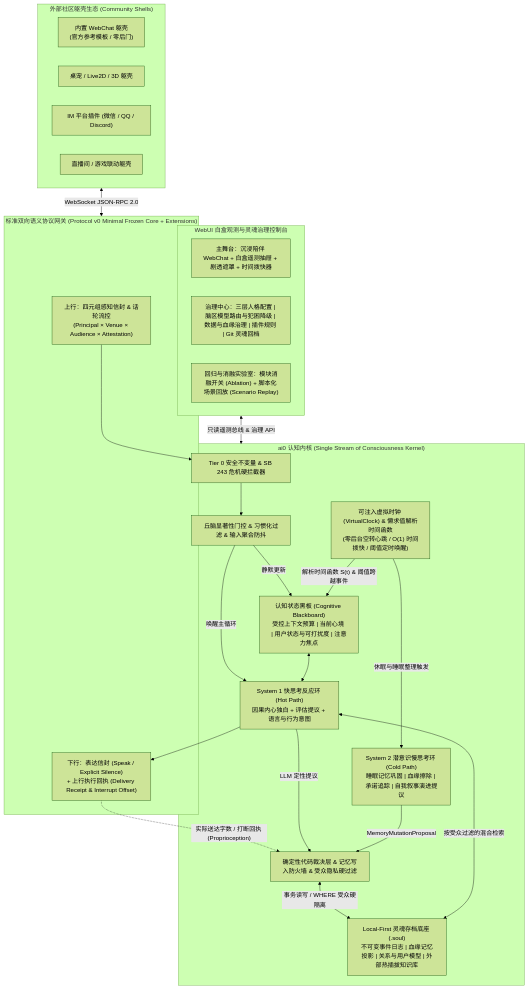
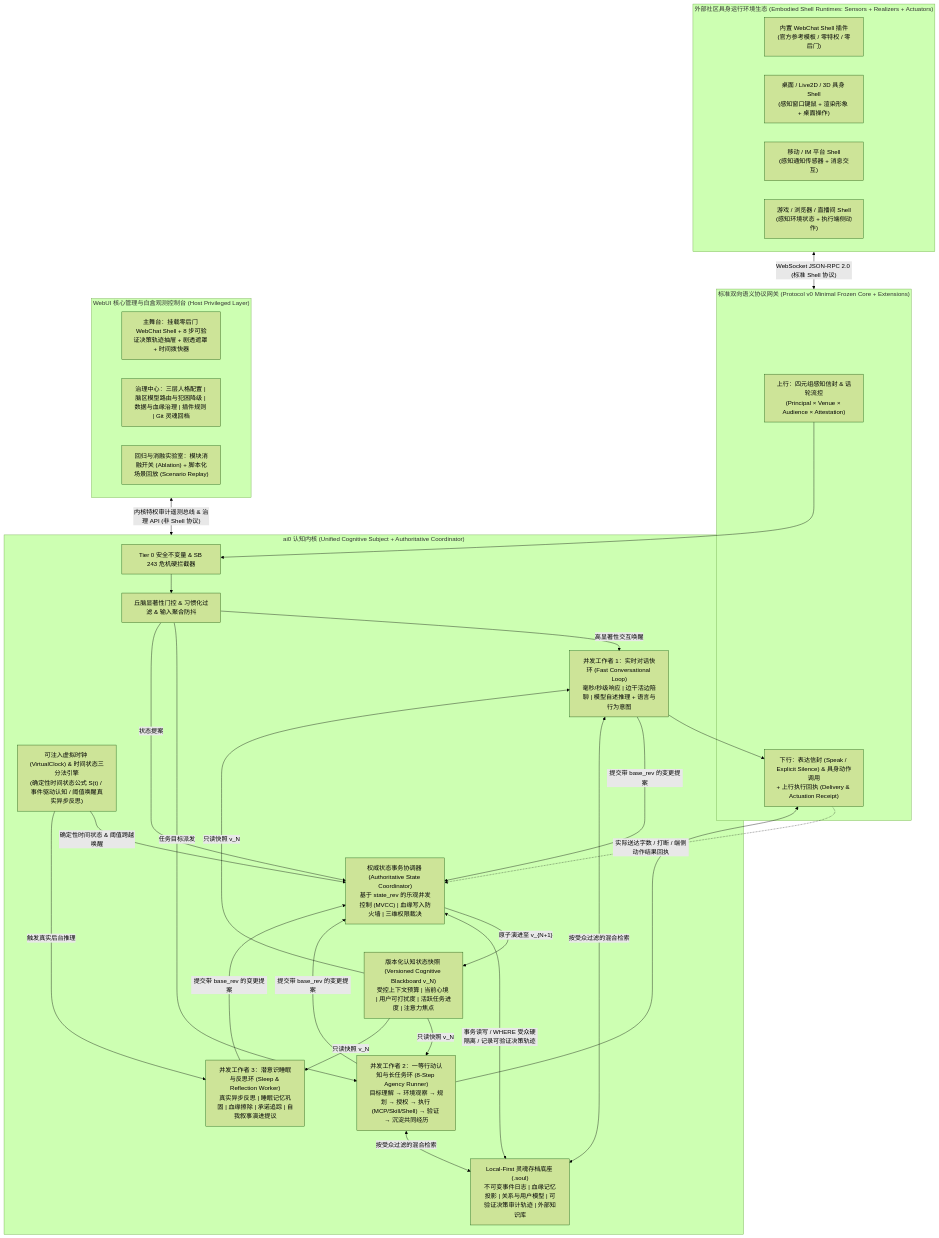
One commit to reina0721/ai0 changed the diagram in README.md. Above: the diagram before and after it, drawn with Mermaid (forest theme). The commit also changed other lines of this file and 4 other files, not shown here.

Commit message:
Refine cognitive architecture and protocol design

````diff
--- a/README.md
+++ b/README.md
@@ -25,46 +25,48 @@
 ```mermaid
 flowchart TB
-    subgraph Shells["外部社区躯壳生态 (Community Shells)"]
-        S1["内置 WebChat 躯壳<br/>(官方参考模板 / 零后门)"]
-        S2["桌宠 / Live2D / 3D 躯壳"]
-        S3["IM 平台插件 (微信 / QQ / Discord)"]
-        S4["直播间 / 游戏联动躯壳"]
+    subgraph Shells["外部社区具身运行环境生态 (Embodied Shell Runtimes: Sensors + Realizers + Actuators)"]
+        S1["内置 WebChat Shell 插件<br/>(官方参考模板 / 零特权 / 零后门)"]
+        S2["桌面 / Live2D / 3D 具身 Shell<br/>(感知窗口键鼠 + 渲染形象 + 桌面操作)"]
+        S3["移动 / IM 平台 Shell<br/>(感知通知传感器 + 消息交互)"]
+        S4["游戏 / 浏览器 / 直播间 Shell<br/>(感知环境状态 + 执行端侧动作)"]
     end
 
     subgraph Protocol["标准双向语义协议网关 (Protocol v0 Minimal Frozen Core + Extensions)"]
         UP["上行：四元组感知信封 & 话轮流控<br/>(Principal × Venue × Audience × Attestation)"]
-        DOWN["下行：表达信封 (Speak / Explicit Silence)<br/>+ 上行执行回执 (Delivery Receipt & Interrupt Offset)"]
+        DOWN["下行：表达信封 (Speak / Explicit Silence) & 具身动作调用<br/>+ 上行执行回执 (Delivery & Actuation Receipt)"]
     end
 
-    subgraph Brain["ai0 认知内核 (Single Stream of Consciousness Kernel)"]
+    subgraph Brain["ai0 认知内核 (Unified Cognitive Subject + Authoritative Coordinator)"]
         Safety["Tier 0 安全不变量 & SB 243 危机硬拦截器"]
         Gate["丘脑显著性门控 & 习惯化过滤 & 输入聚合防抖"]
-        Blackboard["认知状态黑板 (Cognitive Blackboard)<br/>受控上下文预算 | 当前心境 | 用户状态与可打扰度 | 注意力焦点"]
-        Sys1["System 1 快思考反应环 (Hot Path)<br/>因果内心独白 + 评估提议 + 语言与行为意图"]
-        Sys2["System 2 潜意识慢思考环 (Cold Path)<br/>睡眠记忆巩固 | 血缘擦除 | 承诺追踪 | 自我叙事演进提议"]
-        Clock["可注入虚拟时钟 (VirtualClock) & 懒求值解析时间函数<br/>(零后台空转心跳 / O(1) 时间拨快 / 阈值定时唤醒)"]
-        Firewall["确定性代码裁决层 & 记忆写入防火墙 & 受众隐私硬过滤"]
-        Store["Local-First 灵魂存档底座 (.soul)<br/>不可变事件日志 | 血缘记忆投影 | 关系与用户模型 | 外部热插拔知识库"]
+        Coord["权威状态事务协调器 (Authoritative State Coordinator)<br/>基于 state_rev 的乐观并发控制 (MVCC) | 血缘写入防火墙 | 三维权限裁决"]
+        Blackboard["版本化认知状态快照 (Versioned Cognitive Blackboard v_N)<br/>受控上下文预算 | 当前心境 | 用户可打扰度 | 活跃任务进度 | 注意力焦点"]
+        Sys1["并发工作者 1：实时对话快环 (Fast Conversational Loop)<br/>毫秒/秒级响应 | 边干活边陪聊 | 模型自述推理 + 语言与行为意图"]
+        ActionLoop["并发工作者 2：一等行动认知与长任务环 (8-Step Agency Runner)<br/>目标理解 → 环境观察 → 规划 → 授权 → 执行 (MCP/Skill/Shell) → 验证 → 沉淀共同经历"]
+        Sys2["并发工作者 3：潜意识睡眠与反思环 (Sleep & Reflection Worker)<br/>真实异步反思 | 睡眠记忆巩固 | 血缘擦除 | 承诺追踪 | 自我叙事演进提议"]
+        Clock["可注入虚拟时钟 (VirtualClock) & 时间状态三分法引擎<br/>(确定性时间状态公式 S(t) / 事件驱动认知 / 阈值唤醒真实异步反思)"]
+        Store["Local-First 灵魂存档底座 (.soul)<br/>不可变事件日志 | 血缘记忆投影 | 关系与用户模型 | 可验证决策审计轨迹 | 外部知识库"]
     end
 
-    subgraph Console["WebUI 白盒观测与灵魂治理控制台"]
-        Stage["主舞台：沉浸陪伴 WebChat + 白盒遥测抽屉 + 剧透遮罩 + 时间拨快器"]
+    subgraph Console["WebUI 核心管理与白盒观测控制台 (Host Privileged Layer)"]
+        Stage["主舞台：挂载零后门 WebChat Shell + 8 步可验证决策轨迹抽屉 + 剧透遮罩 + 时间拨快器"]
         Studio["治理中心：三层人格配置 | 脑区模型路由与犯困降级 | 数据与血缘治理 | 插件规则 | Git 灵魂回档"]
         Eval["回归与消融实验室：模块消融开关 (Ablation) + 脚本化场景回放 (Scenario Replay)"]
     end
 
-    Shells <-->|"WebSocket JSON-RPC 2.0"| Protocol
+    Shells <-->|"WebSocket JSON-RPC 2.0 (标准 Shell 协议)"| Protocol
     UP --> Safety --> Gate
-    Gate -->|"唤醒主循环"| Sys1
-    Gate -->|"静默更新"| Blackboard
-    Blackboard <--> Sys1
-    Sys1 --> DOWN
-    DOWN -.->|"实际送达字数 / 打断回执 (Proprioception)"| Firewall
-    Clock -->|"解析时间函数 S(t) & 阈值跨越事件"| Blackboard
-    Clock -->|"休眠与睡眠整理触发"| Sys2
-    Sys1 -->|"LLM 定性提议"| Firewall
-    Sys2 -->|"MemoryMutationProposal"| Firewall
-    Firewall <-->|"事务读写 / WHERE 受众硬隔离"| Store
-    Sys1 <-->|"按受众过滤的混合检索"| Store
-    Console <-->|"只读遥测总线 & 治理 API"| Brain
+    Gate -->|"高显著性交互唤醒"| Sys1
+    Gate -->|"任务目标派发"| ActionLoop
+    Gate -->|"状态提案"| Coord
+    Blackboard -->|"只读快照 v_N"| Sys1 & ActionLoop & Sys2
+    Sys1 & ActionLoop --> DOWN
+    DOWN -.->|"实际送达字数 / 打断 / 端侧动作结果回执"| Coord
+    Clock -->|"确定性时间状态 & 阈值跨越唤醒"| Coord
+    Clock -->|"触发真实后台推理"| Sys2
+    Sys1 & ActionLoop & Sys2 -->|"提交带 base_rev 的变更提案"| Coord
+    Coord -->|"原子演进至 v_{N+1}"| Blackboard
+    Coord <-->|"事务读写 / WHERE 受众硬隔离 / 记录可验证决策轨迹"| Store
+    Sys1 & ActionLoop <-->|"按受众过滤的混合检索"| Store
+    Console <-->|"内核特权审计遥测总线 & 治理 API (非 Shell 协议)"| Brain
 ```
````
